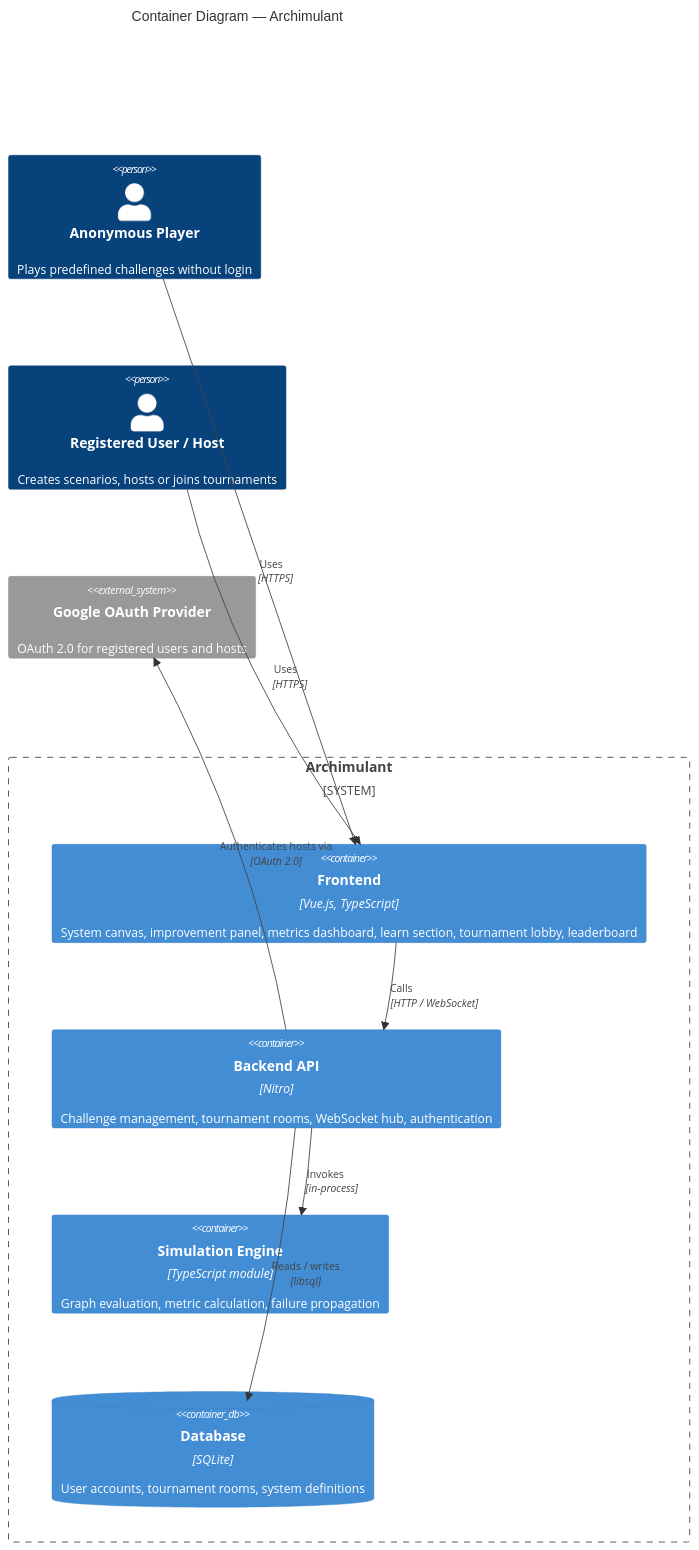
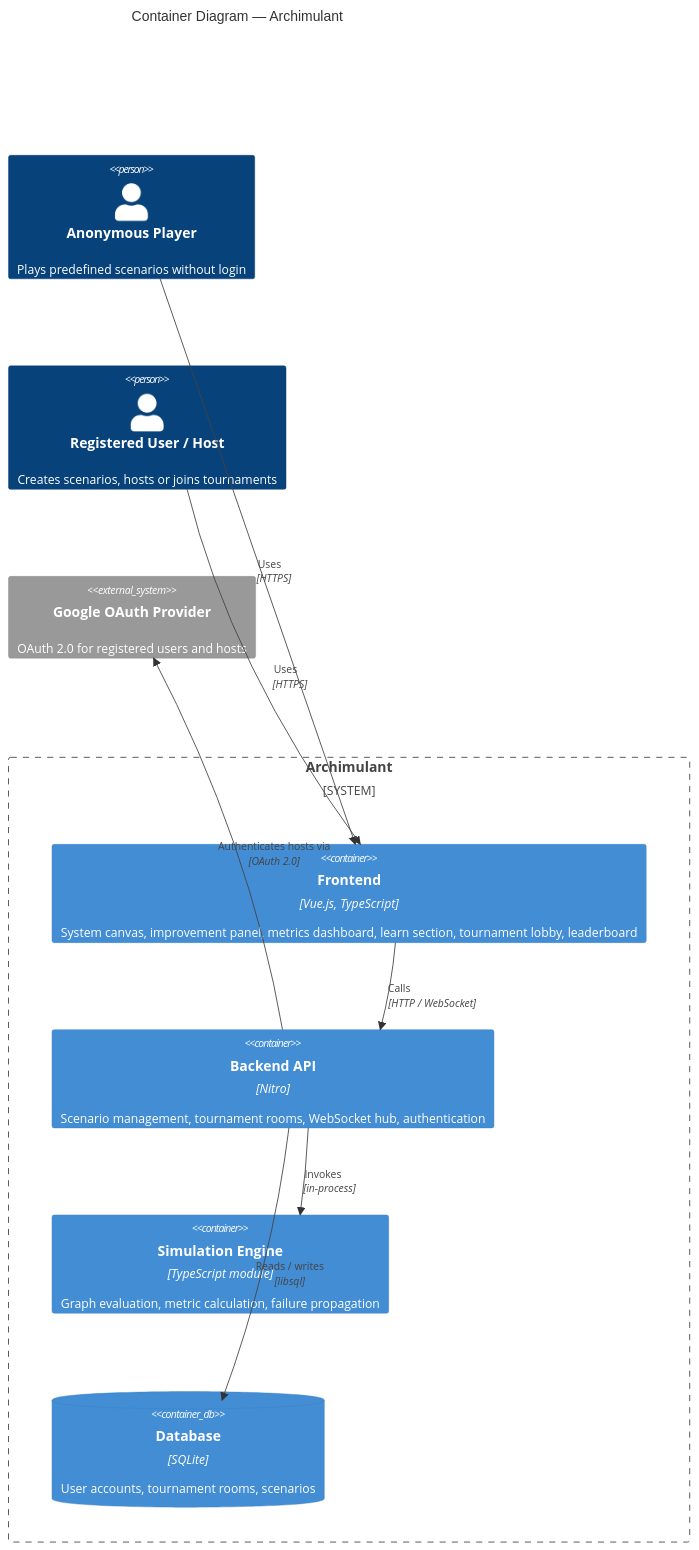
One commit to toblu96/archimulant changed the second of 6 diagrams in docs/arc42/arc42.md. Above: the diagram before and after it, drawn with Mermaid. The commit also changed other lines of this file and 15 other files, not shown here.

````diff
--- a/docs/arc42/arc42.md
+++ b/docs/arc42/arc42.md
@@ -145,22 +145,22 @@
 ```mermaid
 C4Container
     title Container Diagram — Archimulant
-    Person(anon, "Anonymous Player", "Plays predefined challenges without login")
+    Person(anon, "Anonymous Player", "Plays predefined scenarios without login")
     Person(user, "Registered User / Host", "Creates scenarios, hosts or joins tournaments")
 
     System_Boundary(archimulant, "Archimulant") {
         Container(spa, "Frontend", "Vue.js, TypeScript", "System canvas, improvement panel, metrics dashboard, learn section, tournament lobby, leaderboard")
-        Container(api, "Backend API", "Nitro", "Challenge management, tournament rooms, WebSocket hub, authentication")
+        Container(api, "Backend API", "Nitro", "Scenario management, tournament rooms, WebSocket hub, authentication")
         Container(engine, "Simulation Engine", "TypeScript module", "Graph evaluation, metric calculation, failure propagation")
-        ContainerDb(db, "Database", "SQLite", "User accounts, tournament rooms, system definitions")
+        ContainerDb(db, "Database", "SQLite", "User accounts, tournament rooms, scenarios")
     }
 
     System_Ext(authProvider, "Google OAuth Provider", "OAuth 2.0 for registered users and hosts")
 
     Rel(anon, spa, "Uses", "HTTPS")
     Rel(user, spa, "Uses", "HTTPS")
     Rel(spa, api, "Calls", "HTTP / WebSocket")
     Rel(api, engine, "Invokes", "in-process")
     Rel(api, db, "Reads / writes", "libsql")
     Rel(api, authProvider, "Authenticates hosts via", "OAuth 2.0")
 ```
````
